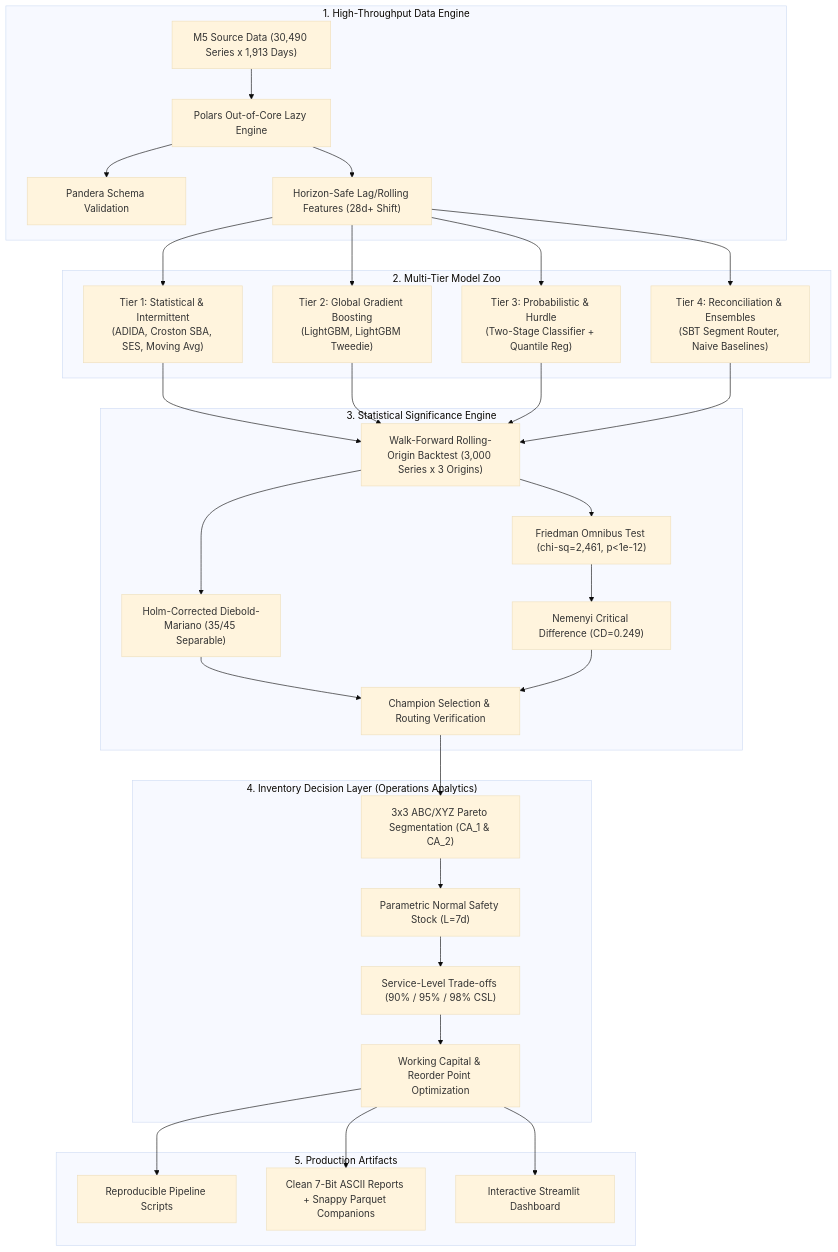
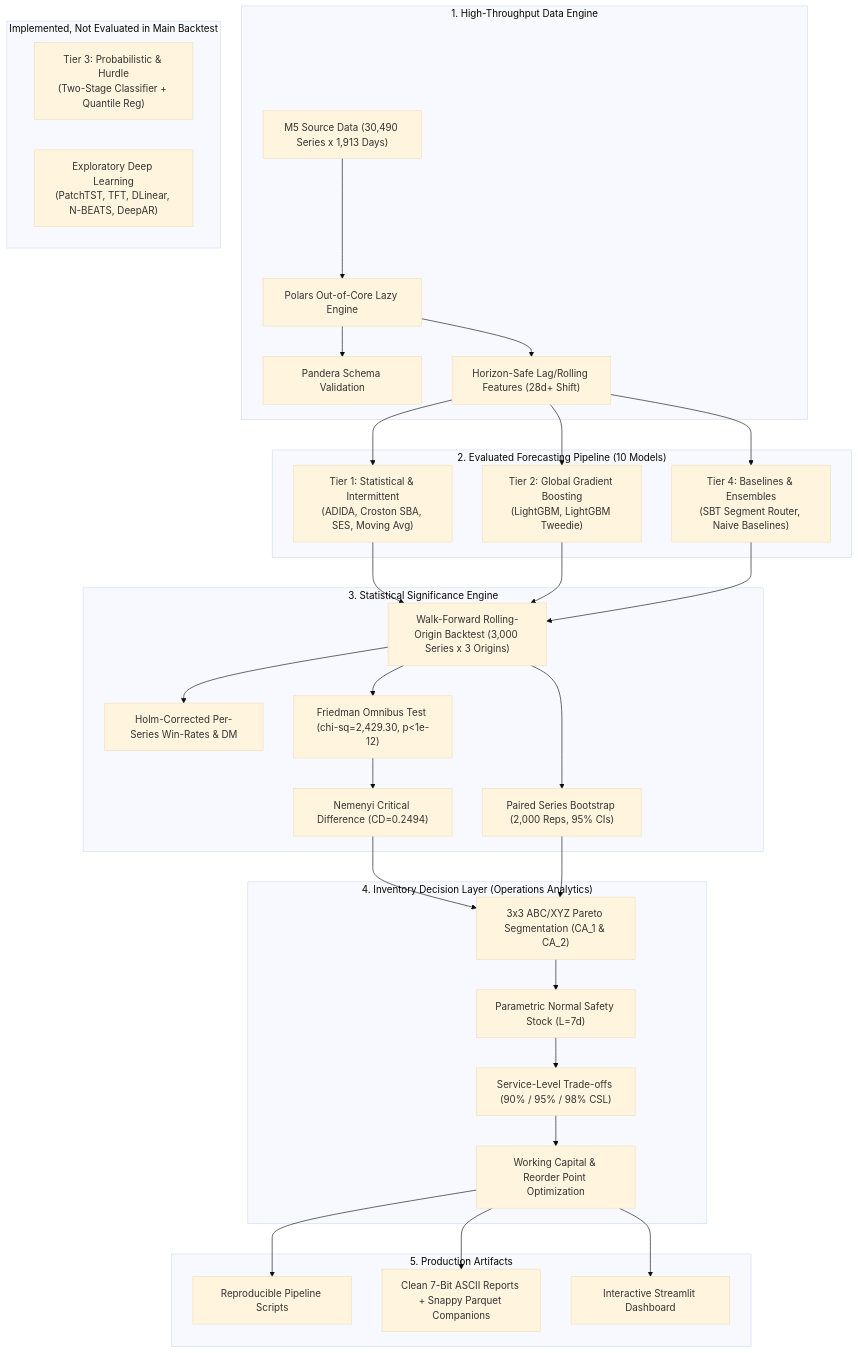
The diagram in README.md (Jenish1706/Hierarchical_Retail_Demand_Forecasting), drawn with Mermaid (base theme) before and after one commit. The commit also changed other lines of this file and 2 other files, not shown here.

Commit message:
docs(M5-07): align README claims, reorder leaderboard by Nemenyi rank, and qualify inventory scenario

````diff
--- a/README.md
+++ b/README.md
@@ -18,36 +18,40 @@
 ```mermaid
 flowchart TD
     subgraph S1["1. High-Throughput Data Engine"]
         A["M5 Source Data (30,490 Series x 1,913 Days)"] --> B["Polars Out-of-Core Lazy Engine"]
         B --> C["Pandera Schema Validation"]
         B --> D["Horizon-Safe Lag/Rolling Features (28d+ Shift)"]
     end
 
-    subgraph S2["2. Multi-Tier Model Zoo"]
+    subgraph S2["2. Evaluated Forecasting Pipeline (10 Models)"]
         D --> E1["Tier 1: Statistical & Intermittent<br/>(ADIDA, Croston SBA, SES, Moving Avg)"]
         D --> E2["Tier 2: Global Gradient Boosting<br/>(LightGBM, LightGBM Tweedie)"]
-        D --> E3["Tier 3: Probabilistic & Hurdle<br/>(Two-Stage Classifier + Quantile Reg)"]
-        D --> E4["Tier 4: Reconciliation & Ensembles<br/>(SBT Segment Router, Naive Baselines)"]
+        D --> E3["Tier 4: Baselines & Ensembles<br/>(SBT Segment Router, Naive Baselines)"]
+    end
+
+    subgraph S2_UNEVAL["Implemented, Not Evaluated in Main Backtest"]
+        U1["Tier 3: Probabilistic & Hurdle<br/>(Two-Stage Classifier + Quantile Reg)"]
+        U2["Exploratory Deep Learning<br/>(PatchTST, TFT, DLinear, N-BEATS, DeepAR)"]
     end
 
     subgraph S3["3. Statistical Significance Engine"]
-        E1 & E2 & E3 & E4 --> F["Walk-Forward Rolling-Origin Backtest (3,000 Series x 3 Origins)"]
-        F --> G["Holm-Corrected Diebold-Mariano (35/45 Separable)"]
-        F --> H["Friedman Omnibus Test (chi-sq=2,461, p<1e-12)"]
-        H --> I["Nemenyi Critical Difference (CD=0.249)"]
-        G & I --> J["Champion Selection & Routing Verification"]
+        E1 & E2 & E3 --> F["Walk-Forward Rolling-Origin Backtest (3,000 Series x 3 Origins)"]
+        F --> G["Holm-Corrected Per-Series Win-Rates & DM"]
+        F --> H["Friedman Omnibus Test (chi-sq=2,429.30, p<1e-12)"]
+        H --> I["Nemenyi Critical Difference (CD=0.2494)"]
+        F --> J["Paired Series Bootstrap (2,000 Reps, 95% CIs)"]
     end
 
     subgraph S4["4. Inventory Decision Layer (Operations Analytics)"]
-        J --> K["3x3 ABC/XYZ Pareto Segmentation (CA_1 & CA_2)"]
+        I & J --> K["3x3 ABC/XYZ Pareto Segmentation (CA_1 & CA_2)"]
         K --> L["Parametric Normal Safety Stock (L=7d)"]
         L --> M["Service-Level Trade-offs (90% / 95% / 98% CSL)"]
         M --> N["Working Capital & Reorder Point Optimization"]
     end
 
     subgraph S5["5. Production Artifacts"]
         N --> O1["Reproducible Pipeline Scripts"]
         N --> O2["Clean 7-Bit ASCII Reports + Snappy Parquet Companions"]
         N --> O3["Interactive Streamlit Dashboard"]
     end
 ```
````
